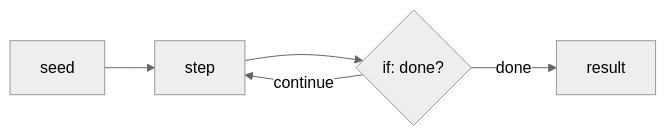
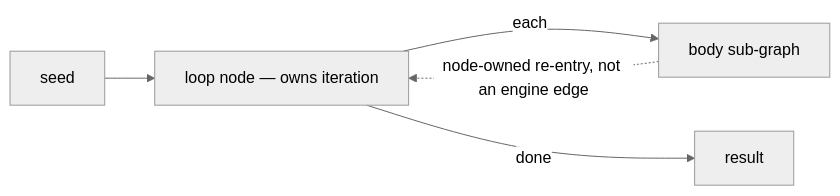
The seventh of 8 diagrams in docs/book/src/rfcs/output-ports.md (definitelycarter/fuchsia), drawn with Mermaid (neutral theme) before and after one commit. The commit also changed other lines of this file and 46 other files, not shown here.

````diff
--- a/docs/book/src/rfcs/output-ports.md
+++ b/docs/book/src/rfcs/output-ports.md
@@ -288,7 +336,7 @@
 ```mermaid
 flowchart LR
-    S["seed"] --> STEP["step"]
-    STEP --> G{"if: done?"}
-    G -->|continue| STEP
-    G -->|done| OUT["result"]
+    S["seed"] --> LOOP["loop node — owns iteration"]
+    LOOP -->|each| BODY["body sub-graph"]
+    LOOP -->|done| OUT["result"]
+    BODY -. "node-owned re-entry, not an engine edge" .-> LOOP
 ```
````
